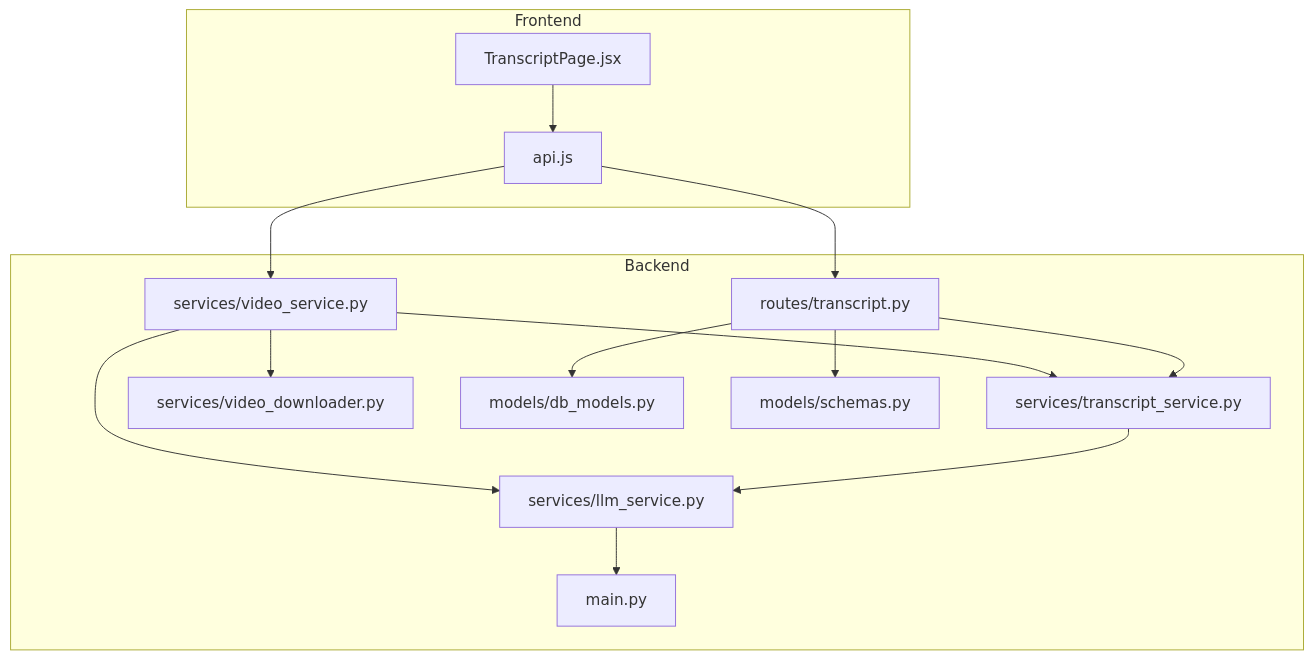
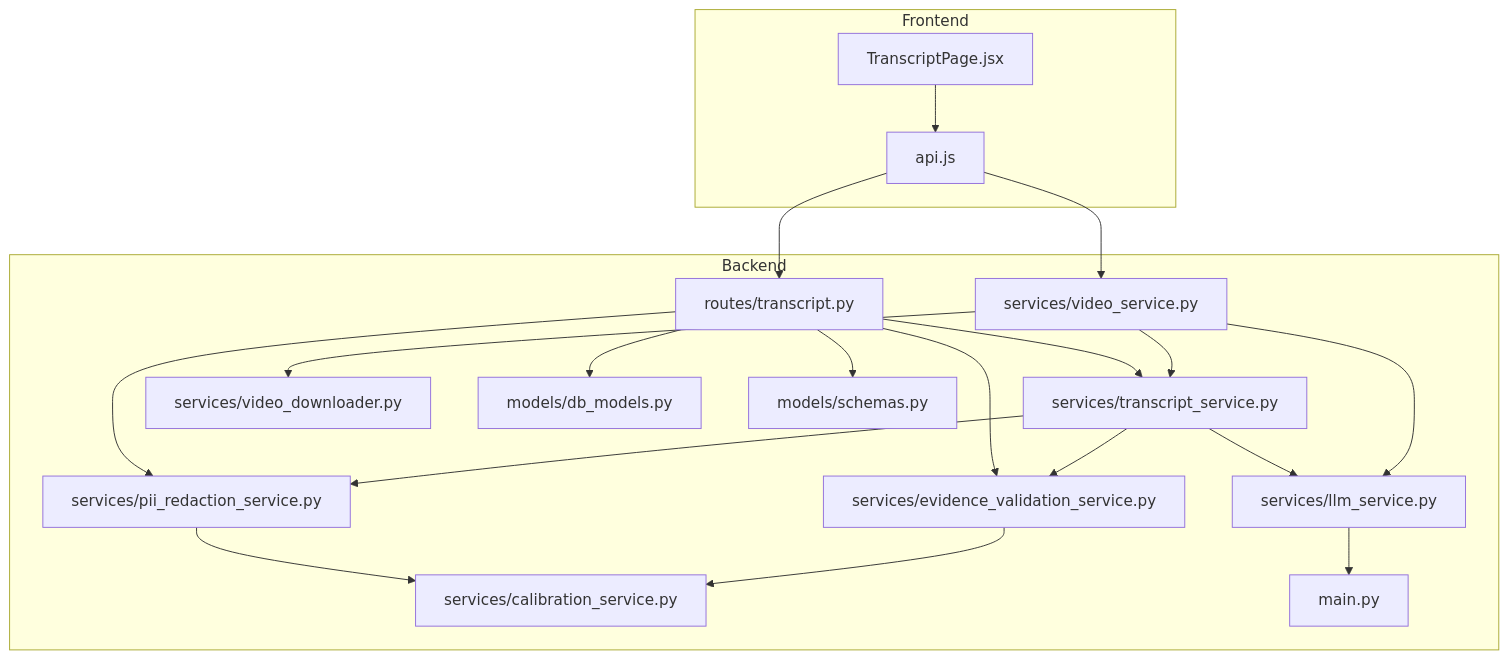
One commit to Revanththetalogics/aireume changed the first of 11 diagrams in .qoder/repowiki/en/content/Video Analysis/Transcript Generation.md. Above: the diagram before and after it, drawn with Mermaid. The commit also changed other lines of this file and 20 other files, not shown here.

````diff
--- a/.qoder/repowiki/en/content/Video Analysis/Transcript Generation.md
+++ b/.qoder/repowiki/en/content/Video Analysis/Transcript Generation.md
@@ -64,28 +75,37 @@
 ```mermaid
 graph TB
 subgraph "Frontend"
 TP["TranscriptPage.jsx"]
 API["api.js"]
 end
 subgraph "Backend"
 TR["routes/transcript.py"]
 VS["services/video_service.py"]
 TS["services/transcript_service.py"]
 VD["services/video_downloader.py"]
 DB["models/db_models.py"]
 SCH["models/schemas.py"]
 LLM["services/llm_service.py"]
+PII["services/pii_redaction_service.py"]
+EVS["services/evidence_validation_service.py"]
+CAL["services/calibration_service.py"]
 MAIN["main.py"]
 end
 TP --> API
 API --> TR
 API --> VS
 TR --> TS
 TR --> DB
 TR --> SCH
+TR --> PII
+TR --> EVS
 VS --> VD
 VS --> TS
 TS --> LLM
+TS --> PII
+TS --> EVS
 VS --> LLM
 LLM --> MAIN
+PII --> CAL
+EVS --> CAL
 ```
````
